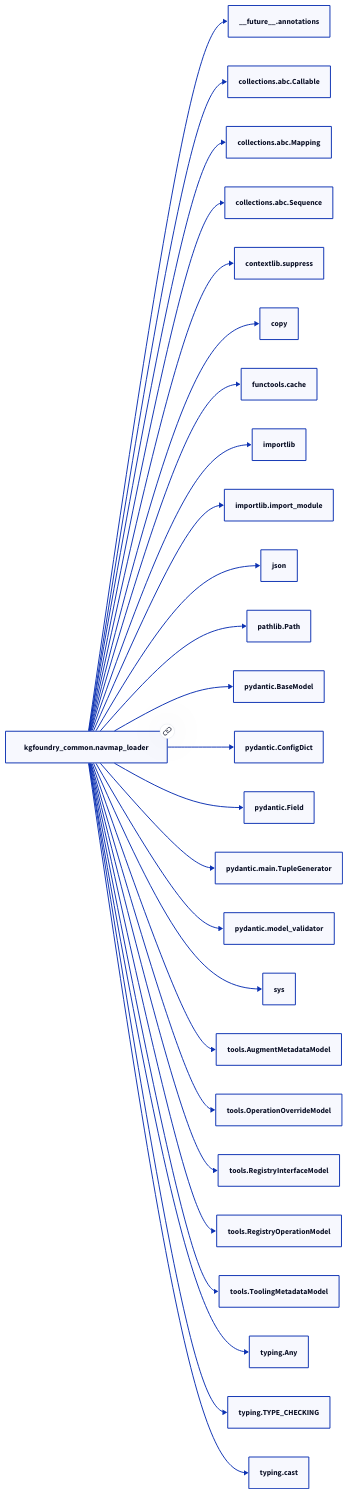
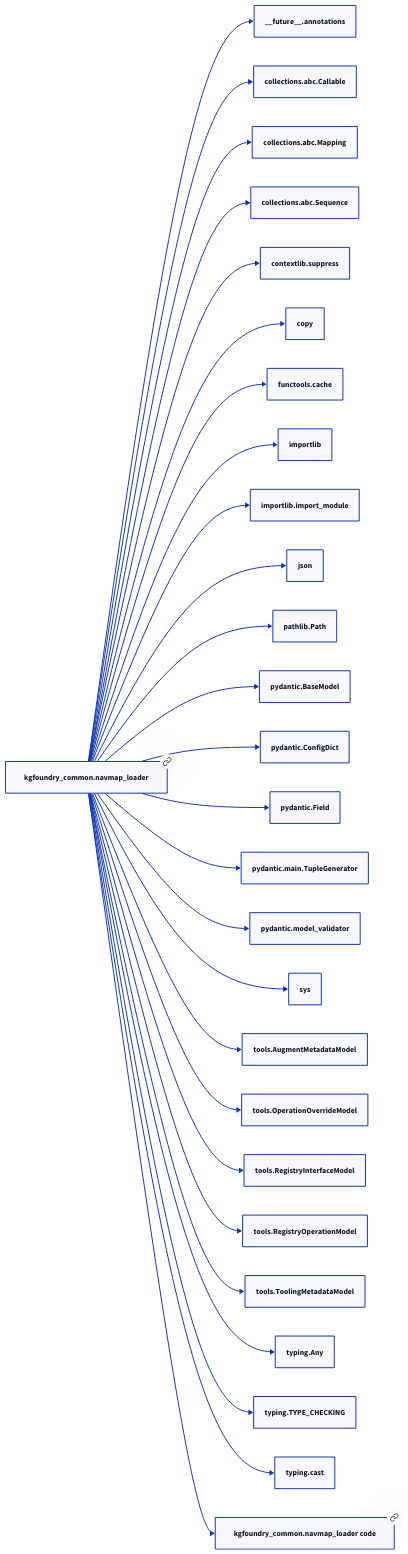
Before and after one commit to paul-heyse/kgforge: the second of 2 diagrams in docs/modules/kgfoundry_common/navmap_loader.md, drawn with D2. The commit also changed other lines of this file and 319 other files, not shown here.

````diff
--- a/docs/modules/kgfoundry_common/navmap_loader.md
+++ b/docs/modules/kgfoundry_common/navmap_loader.md
@@ -165,54 +167,56 @@
 ```d2
 direction: right
-"kgfoundry_common.navmap_loader": "kgfoundry_common.navmap_loader" { link: "navmap_loader.md" }
+"kgfoundry_common.navmap_loader": "kgfoundry_common.navmap_loader" { link: "./kgfoundry_common/navmap_loader.md" }
 "__future__.annotations": "__future__.annotations"
 "kgfoundry_common.navmap_loader" -> "__future__.annotations"
 "collections.abc.Callable": "collections.abc.Callable"
 "kgfoundry_common.navmap_loader" -> "collections.abc.Callable"
 "collections.abc.Mapping": "collections.abc.Mapping"
 "kgfoundry_common.navmap_loader" -> "collections.abc.Mapping"
 "collections.abc.Sequence": "collections.abc.Sequence"
 "kgfoundry_common.navmap_loader" -> "collections.abc.Sequence"
 "contextlib.suppress": "contextlib.suppress"
 "kgfoundry_common.navmap_loader" -> "contextlib.suppress"
 "copy": "copy"
 "kgfoundry_common.navmap_loader" -> "copy"
 "functools.cache": "functools.cache"
 "kgfoundry_common.navmap_loader" -> "functools.cache"
 "importlib": "importlib"
 "kgfoundry_common.navmap_loader" -> "importlib"
 "importlib.import_module": "importlib.import_module"
 "kgfoundry_common.navmap_loader" -> "importlib.import_module"
 "json": "json"
 "kgfoundry_common.navmap_loader" -> "json"
 "pathlib.Path": "pathlib.Path"
 "kgfoundry_common.navmap_loader" -> "pathlib.Path"
 "pydantic.BaseModel": "pydantic.BaseModel"
 "kgfoundry_common.navmap_loader" -> "pydantic.BaseModel"
 "pydantic.ConfigDict": "pydantic.ConfigDict"
 "kgfoundry_common.navmap_loader" -> "pydantic.ConfigDict"
 "pydantic.Field": "pydantic.Field"
 "kgfoundry_common.navmap_loader" -> "pydantic.Field"
 "pydantic.main.TupleGenerator": "pydantic.main.TupleGenerator"
 "kgfoundry_common.navmap_loader" -> "pydantic.main.TupleGenerator"
 "pydantic.model_validator": "pydantic.model_validator"
 "kgfoundry_common.navmap_loader" -> "pydantic.model_validator"
 "sys": "sys"
 "kgfoundry_common.navmap_loader" -> "sys"
 "tools.AugmentMetadataModel": "tools.AugmentMetadataModel"
 "kgfoundry_common.navmap_loader" -> "tools.AugmentMetadataModel"
 "tools.OperationOverrideModel": "tools.OperationOverrideModel"
 "kgfoundry_common.navmap_loader" -> "tools.OperationOverrideModel"
 "tools.RegistryInterfaceModel": "tools.RegistryInterfaceModel"
 "kgfoundry_common.navmap_loader" -> "tools.RegistryInterfaceModel"
 "tools.RegistryOperationModel": "tools.RegistryOperationModel"
 "kgfoundry_common.navmap_loader" -> "tools.RegistryOperationModel"
 "tools.ToolingMetadataModel": "tools.ToolingMetadataModel"
 "kgfoundry_common.navmap_loader" -> "tools.ToolingMetadataModel"
 "typing.Any": "typing.Any"
 "kgfoundry_common.navmap_loader" -> "typing.Any"
 "typing.TYPE_CHECKING": "typing.TYPE_CHECKING"
 "kgfoundry_common.navmap_loader" -> "typing.TYPE_CHECKING"
 "typing.cast": "typing.cast"
 "kgfoundry_common.navmap_loader" -> "typing.cast"
+"kgfoundry_common.navmap_loader_code": "kgfoundry_common.navmap_loader code" { link: "https://github.com/kgfoundry/kgfoundry/blob/main/src/kgfoundry_common/navmap_loader.py" }
+"kgfoundry_common.navmap_loader" -> "kgfoundry_common.navmap_loader_code" { style: dashed }
 ```
````
